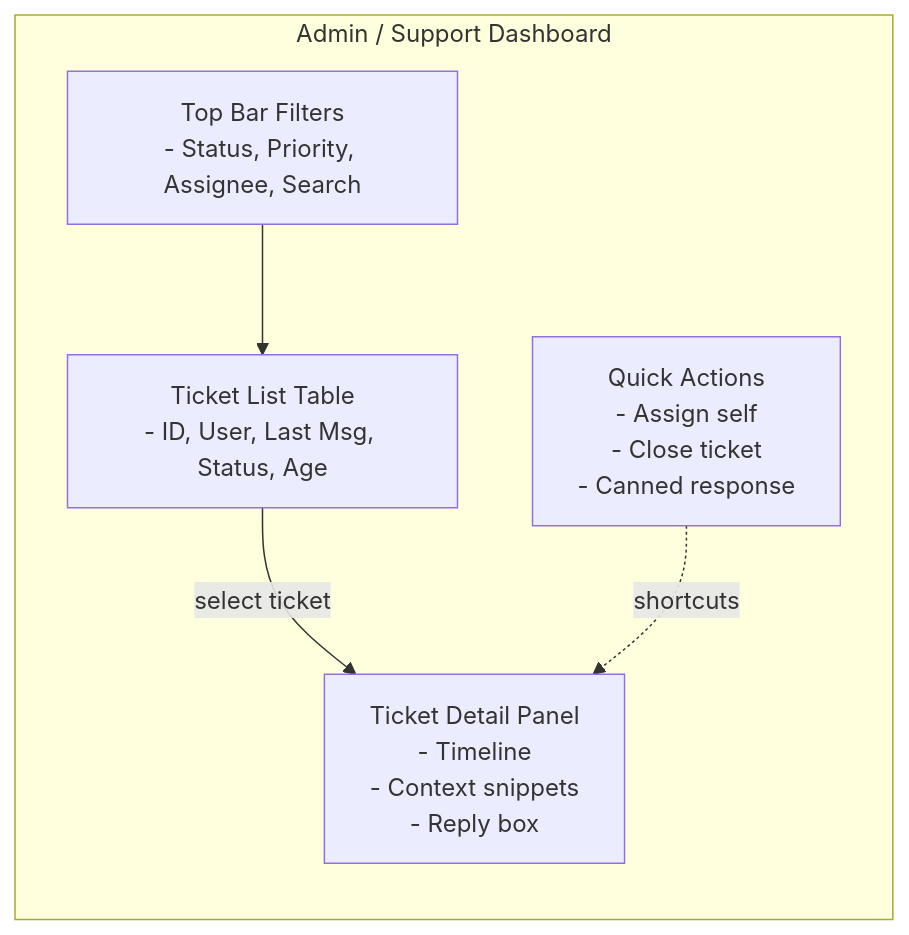
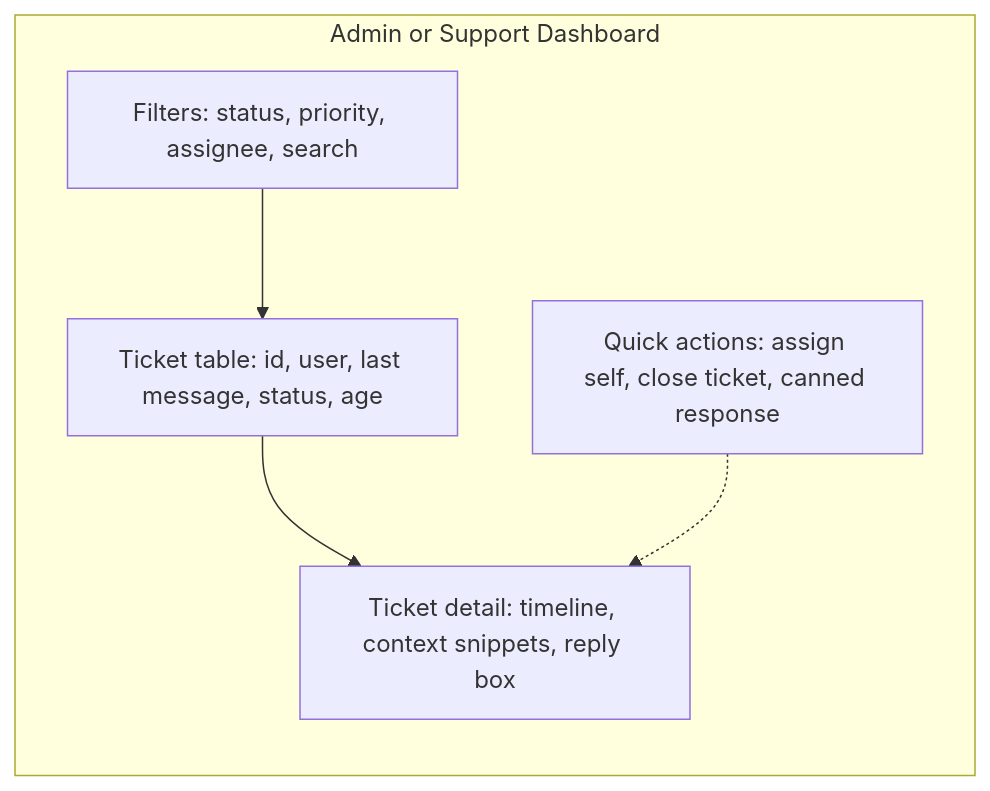
Before and after one commit to Rashids10/AI-Deskhelp: the third of 3 diagrams in wireframes.md, drawn with Mermaid. The commit also changed other lines of this file, not shown here.

````diff
--- a/wireframes.md
+++ b/wireframes.md
@@ -33,12 +33,12 @@
 ```mermaid
 flowchart TB
-    subgraph ADMIN[Admin / Support Dashboard]
+    subgraph ADMIN["Admin or Support Dashboard"]
         direction TB
-        FIL[Top Bar Filters<br/>- Status, Priority, Assignee, Search]
-        LIST[Ticket List Table<br/>- ID, User, Last Msg, Status, Age]
-        DETAIL[Ticket Detail Panel<br/>- Timeline<br/>- Context snippets<br/>- Reply box]
-        QUICK[Quick Actions<br/>- Assign self<br/>- Close ticket<br/>- Canned response]
-        FIL --> LIST -->|select ticket| DETAIL
-        QUICK -. shortcuts .-> DETAIL
+        FIL["Filters: status, priority, assignee, search"]
+        LIST["Ticket table: id, user, last message, status, age"]
+        DETAIL["Ticket detail: timeline, context snippets, reply box"]
+        QUICK["Quick actions: assign self, close ticket, canned response"]
+        FIL --> LIST --> DETAIL
+        QUICK -.-> DETAIL
     end
 ```
````
